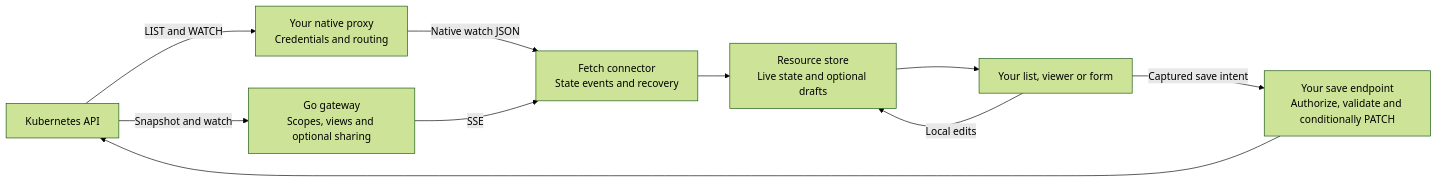
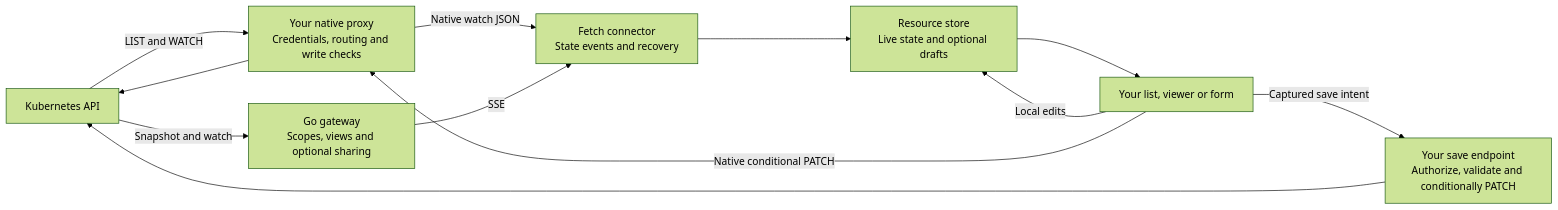
Before and after one commit to ConfigButler/krm-stream: the diagram in README.md, drawn with Mermaid (forest theme). The commit also changed other lines of this file and 29 other files, not shown here.

First line of the commit message:
feat(client)!: native editing through the host proxy (slice 2) (#61)

````diff
--- a/README.md
+++ b/README.md
@@ -170,19 +174,21 @@
 ```mermaid
 flowchart LR
   api["Kubernetes API"]
-  proxy["Your native proxy<br/>Credentials and routing"]
+  proxy["Your native proxy<br/>Credentials, routing and write checks"]
   gateway["Go gateway<br/>Scopes, views and optional sharing"]
   connector["Fetch connector<br/>State events and recovery"]
   store["Resource store<br/>Live state and optional drafts"]
   ui["Your list, viewer or form"]
   save["Your save endpoint<br/>Authorize, validate and conditionally PATCH"]
   api -->|"LIST and WATCH"| proxy
   proxy -->|"Native watch JSON"| connector
   api -->|"Snapshot and watch"| gateway
   gateway -->|"SSE"| connector
   connector --> store
   store --> ui
   ui -->|"Local edits"| store
   ui -->|"Captured save intent"| save
   save --> api
+  ui -->|"Native conditional PATCH"| proxy
+  proxy --> api
 ```
````
